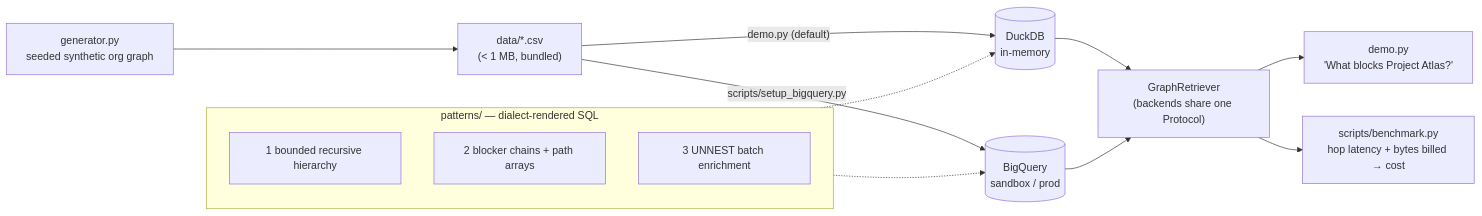
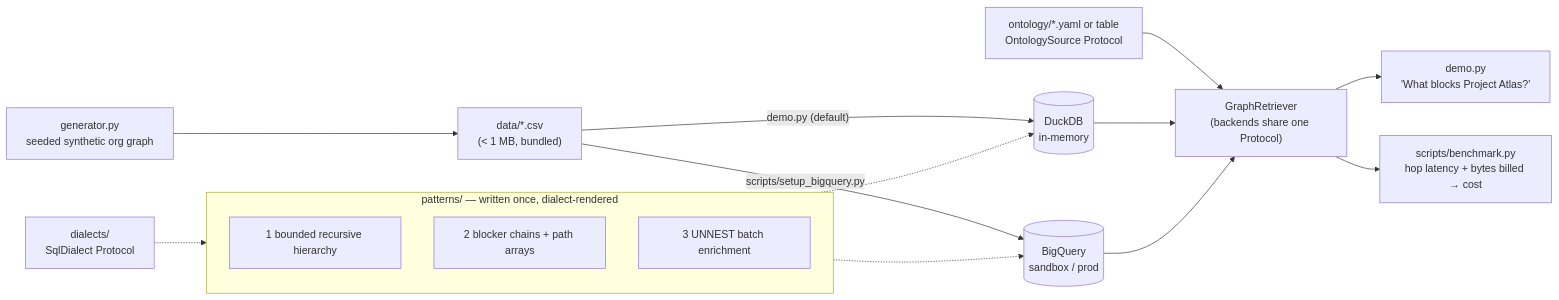
The diagram in README.md (Gowri-Shankar/graph-rag-sql), drawn with Mermaid before and after one commit. The commit also changed other lines of this file and 1 other file, not shown here.

Commit message:
Add .gitignore; extend README with ontology registry, roadmap, and dialect design notes

````diff
--- a/README.md
+++ b/README.md
@@ -124,17 +176,19 @@
 ```mermaid
 flowchart LR
  GEN["generator.py<br/>seeded synthetic org graph"] --> CSV["data/*.csv<br/>(&lt; 1 MB, bundled)"]
  CSV -->|"demo.py (default)"| DUCK[("DuckDB<br/>in-memory")]
  CSV -->|"scripts/setup_bigquery.py"| BQ[("BigQuery<br/>sandbox / prod")]
- subgraph PATTERNS["patterns/ — dialect-rendered SQL"]
+ ONT["ontology/*.yaml or table<br/>OntologySource Protocol"] --> RET
+ DIA["dialects/<br/>SqlDialect Protocol"] -.-> PATTERNS
+ subgraph PATTERNS["patterns/ — written once, dialect-rendered"]
  P1["1 bounded recursive hierarchy"]
  P2["2 blocker chains + path arrays"]
  P3["3 UNNEST batch enrichment"]
  end
  DUCK --> RET["GraphRetriever<br/>(backends share one Protocol)"]
  BQ --> RET
  PATTERNS -.-> DUCK
  PATTERNS -.-> BQ
  RET --> DEMO["demo.py<br/>'What blocks Project Atlas?'"]
  RET --> BENCH["scripts/benchmark.py<br/>hop latency + bytes billed → cost"]
 ```
````
